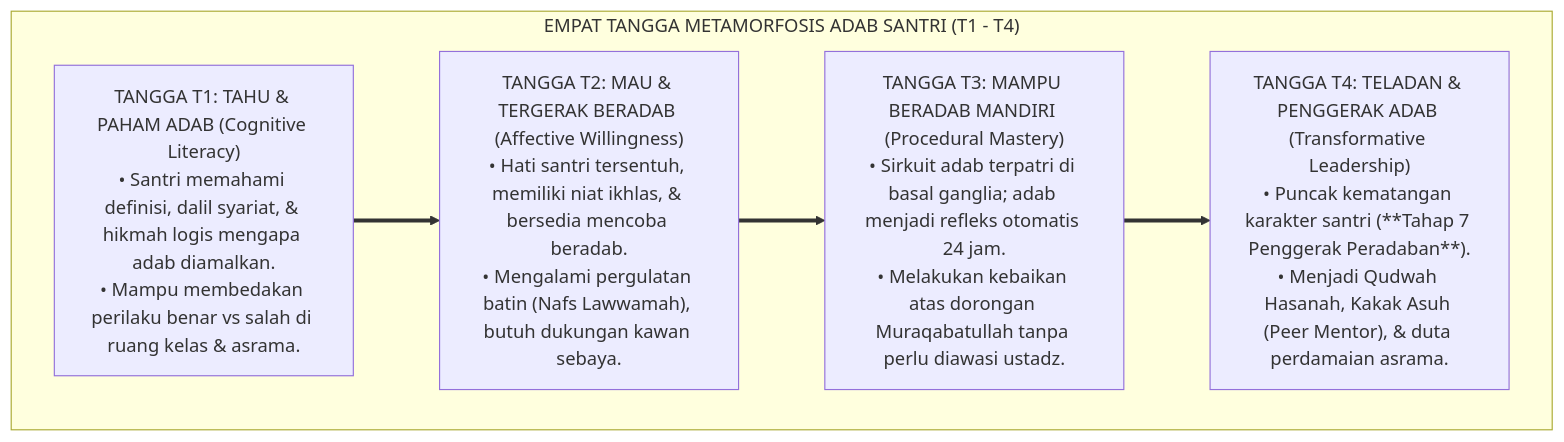
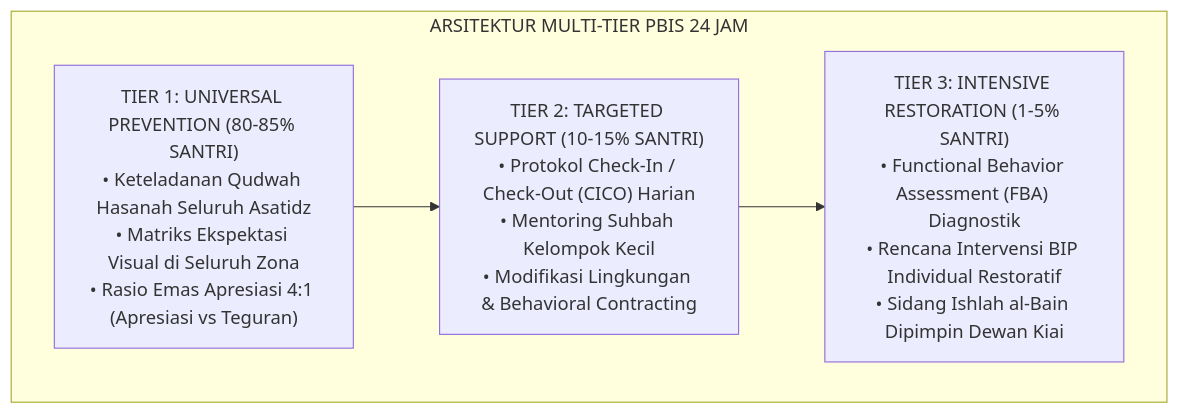
The diagram in BOOK-SERIES/Volume-01/Bab-06-Triad-Pertumbuhan-Simbiotik-dan-Kontinuum-10-Tahap/01-Santri-Bertumbuh-Tangga-T1-sd-T4.md (wandiapriliyandi/tumbuh), drawn with Mermaid before and after one commit. The commit also changed other lines of this file and 188 other files, not shown here.

````diff
--- a/BOOK-SERIES/Volume-01/Bab-06-Triad-Pertumbuhan-Simbiotik-dan-Kontinuum-10-Tahap/01-Santri-Bertumbuh-Tangga-T1-sd-T4.md
+++ b/BOOK-SERIES/Volume-01/Bab-06-Triad-Pertumbuhan-Simbiotik-dan-Kontinuum-10-Tahap/01-Santri-Bertumbuh-Tangga-T1-sd-T4.md
@@ -22,14 +62,12 @@
 ```mermaid
 graph TD
-    subgraph TanggaKapasitas["EMPAT TANGGA METAMORFOSIS ADAB SANTRI (T1 - T4)"]
-        T1["TANGGA T1: TAHU & PAHAM ADAB (Cognitive Literacy)<br/>• Santri memahami definisi, dalil syariat, & hikmah logis mengapa adab diamalkan.<br/>• Mampu membedakan perilaku benar vs salah di ruang kelas & asrama."]
+    subgraph MultiTier["ARSITEKTUR MULTI-TIER PBIS 24 JAM"]
+        T1["TIER 1: UNIVERSAL PREVENTION (80-85% SANTRI)<br/>• Keteladanan Qudwah Hasanah Seluruh Asatidz<br/>• Matriks Ekspektasi Visual di Seluruh Zona<br/>• Rasio Emas Apresiasi 4:1 (Apresiasi vs Teguran)"]
         
-        T2["TANGGA T2: MAU & TERGERAK BERADAB (Affective Willingness)<br/>• Hati santri tersentuh, memiliki niat ikhlas, & bersedia mencoba beradab.<br/>• Mengalami pergulatan batin (Nafs Lawwamah), butuh dukungan kawan sebaya."]
+        T2["TIER 2: TARGETED SUPPORT (10-15% SANTRI)<br/>• Protokol Check-In / Check-Out (CICO) Harian<br/>• Mentoring Suhbah Kelompok Kecil<br/>• Modifikasi Lingkungan & Behavioral Contracting"]
         
-        T3["TANGGA T3: MAMPU BERADAB MANDIRI (Procedural Mastery)<br/>• Sirkuit adab terpatri di basal ganglia; adab menjadi refleks otomatis 24 jam.<br/>• Melakukan kebaikan atas dorongan Muraqabatullah tanpa perlu diawasi ustadz."]
+        T3["TIER 3: INTENSIVE RESTORATION (1-5% SANTRI)<br/>• Functional Behavior Assessment (FBA) Diagnostik<br/>• Rencana Intervensi BIP Individual Restoratif<br/>• Sidang Ishlah al-Bain Dipimpin Dewan Kiai"]
         
-        T4["TANGGA T4: TELADAN & PENGGERAK ADAB (Transformative Leadership)<br/>• Puncak kematangan karakter santri (**Tahap 7 Penggerak Peradaban**).<br/>• Menjadi Qudwah Hasanah, Kakak Asuh (Peer Mentor), & duta perdamaian asrama."]
-        
-        T1 ==> T2 ==> T3 ==> T4
+        T1 --> T2 --> T3
     end
 ```
````
